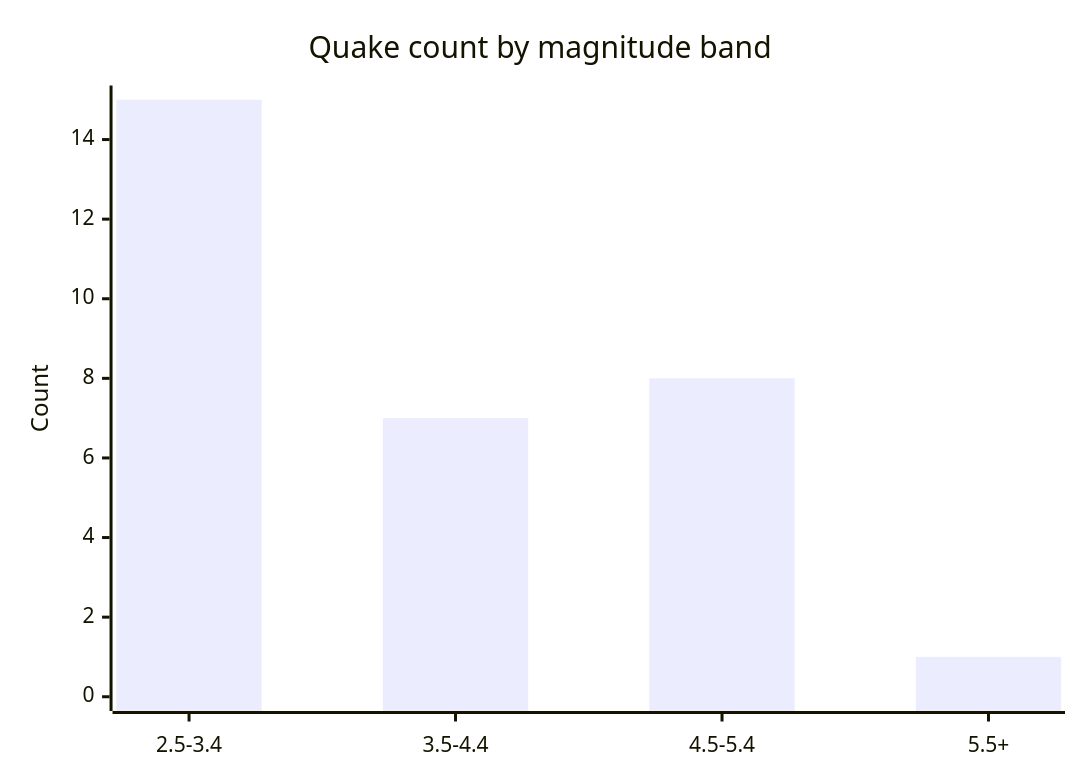
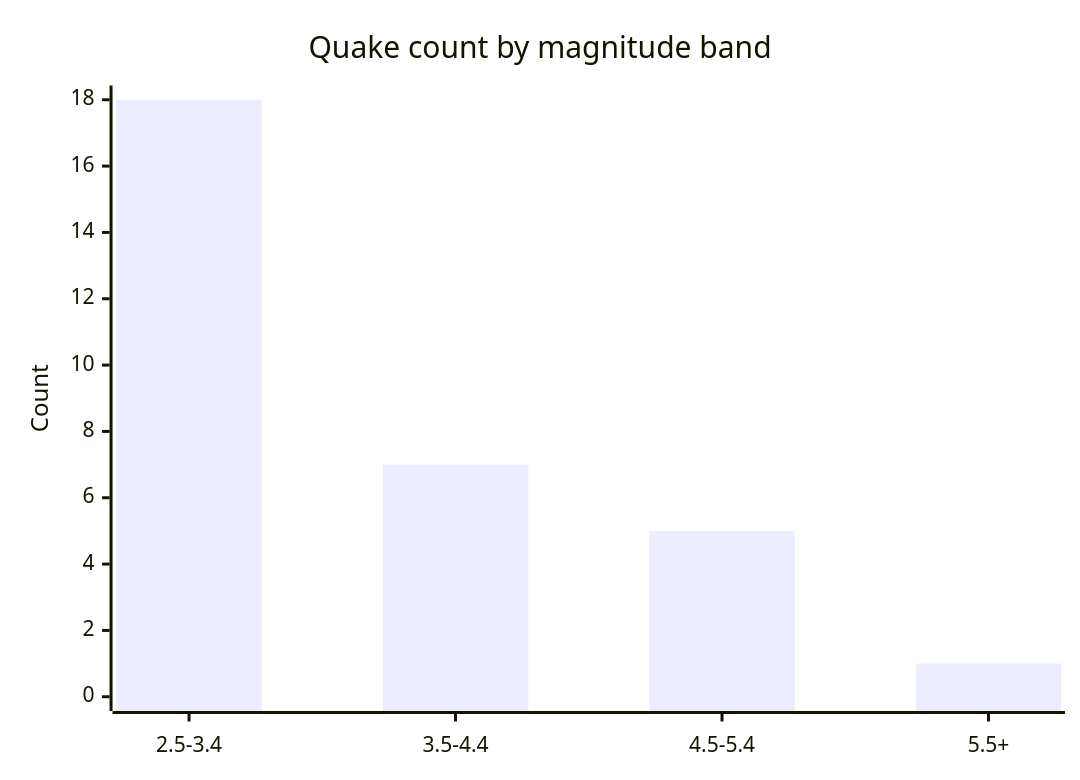
Before and after one commit to Midwest-Stratospheric/aerostratospheric-defense-gir: the fifth of 6 diagrams in docs/GRAPHS.md, drawn with Mermaid. The commit also changed other lines of this file and 24 other files, not shown here.

````diff
--- a/docs/GRAPHS.md
+++ b/docs/GRAPHS.md
@@ -82,7 +82,7 @@
 ```mermaid
 xychart-beta
   title "Quake count by magnitude band"
   x-axis ["2.5-3.4", "3.5-4.4", "4.5-5.4", "5.5+"]
-  y-axis "Count" 0 --> 15
-  bar [15, 7, 8, 1]
+  y-axis "Count" 0 --> 18
+  bar [18, 7, 5, 1]
 ```
````
